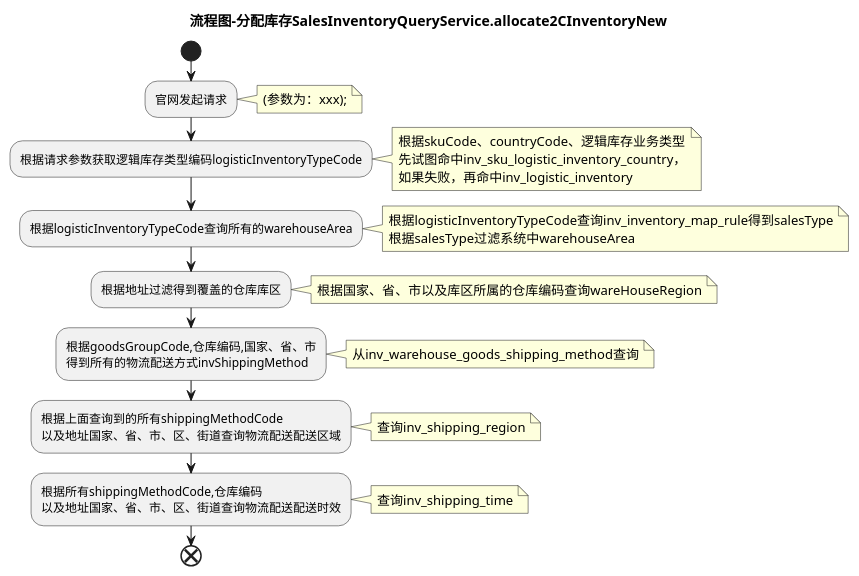
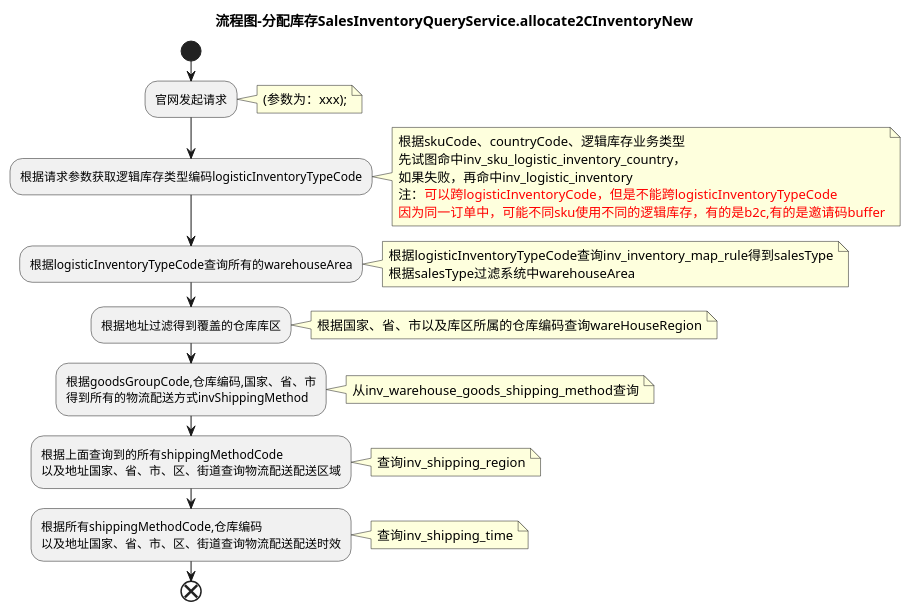
The diagram in uml/inventory/allocateInventory.puml (newbigTech/myDesignPattern), drawn with PlantUML before and after one commit. The commit also changed 1 other file, not shown here.

Commit message:
uml commit

```diff
--- a/uml/inventory/allocateInventory.puml
+++ b/uml/inventory/allocateInventory.puml
@@ -1,46 +1,48 @@
 @startuml
 title 流程图-分配库存SalesInventoryQueryService.allocate2CInventoryNew
 start
 :官网发起请求;
 note right
 (参数为：xxx);
 end note
 
 :根据请求参数获取逻辑库存类型编码logisticInventoryTypeCode;
 note right
 根据skuCode、countryCode、逻辑库存业务类型
 先试图命中inv_sku_logistic_inventory_country，
 如果失败，再命中inv_logistic_inventory
+注：<font color=red>可以跨logisticInventoryCode，但是不能跨logisticInventoryTypeCode
+<font color=red>因为同一订单中，可能不同sku使用不同的逻辑库存，有的是b2c,有的是邀请码buffer</font>
 end note
 
 :根据logisticInventoryTypeCode查询所有的warehouseArea;
 note right
 根据logisticInventoryTypeCode查询inv_inventory_map_rule得到salesType
 根据salesType过滤系统中warehouseArea
 end note
 
 :根据地址过滤得到覆盖的仓库库区;
 note right
 根据国家、省、市以及库区所属的仓库编码查询wareHouseRegion
 end note
 
 :根据goodsGroupCode,仓库编码,国家、省、市
 得到所有的物流配送方式invShippingMethod;
 note right
 从inv_warehouse_goods_shipping_method查询
 end note
 
 :根据上面查询到的所有shippingMethodCode
 以及地址国家、省、市、区、街道查询物流配送配送区域;
 note right
 查询inv_shipping_region
 end note
 
 :根据所有shippingMethodCode,仓库编码
 以及地址国家、省、市、区、街道查询物流配送配送时效;
 note right
 查询inv_shipping_time
 end note
 
 end
 @enduml
```
